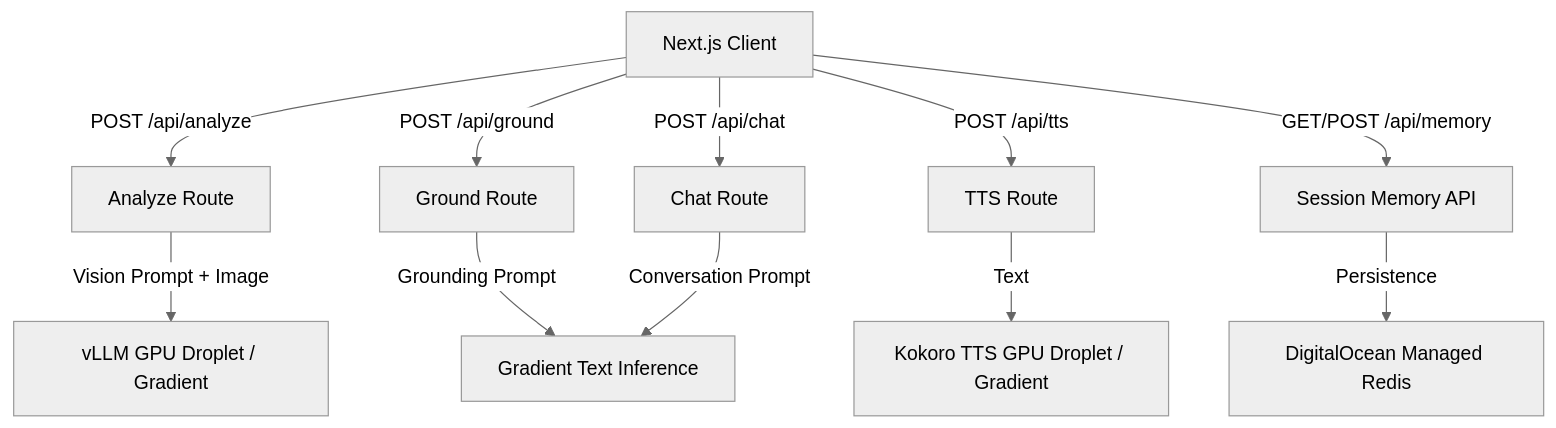
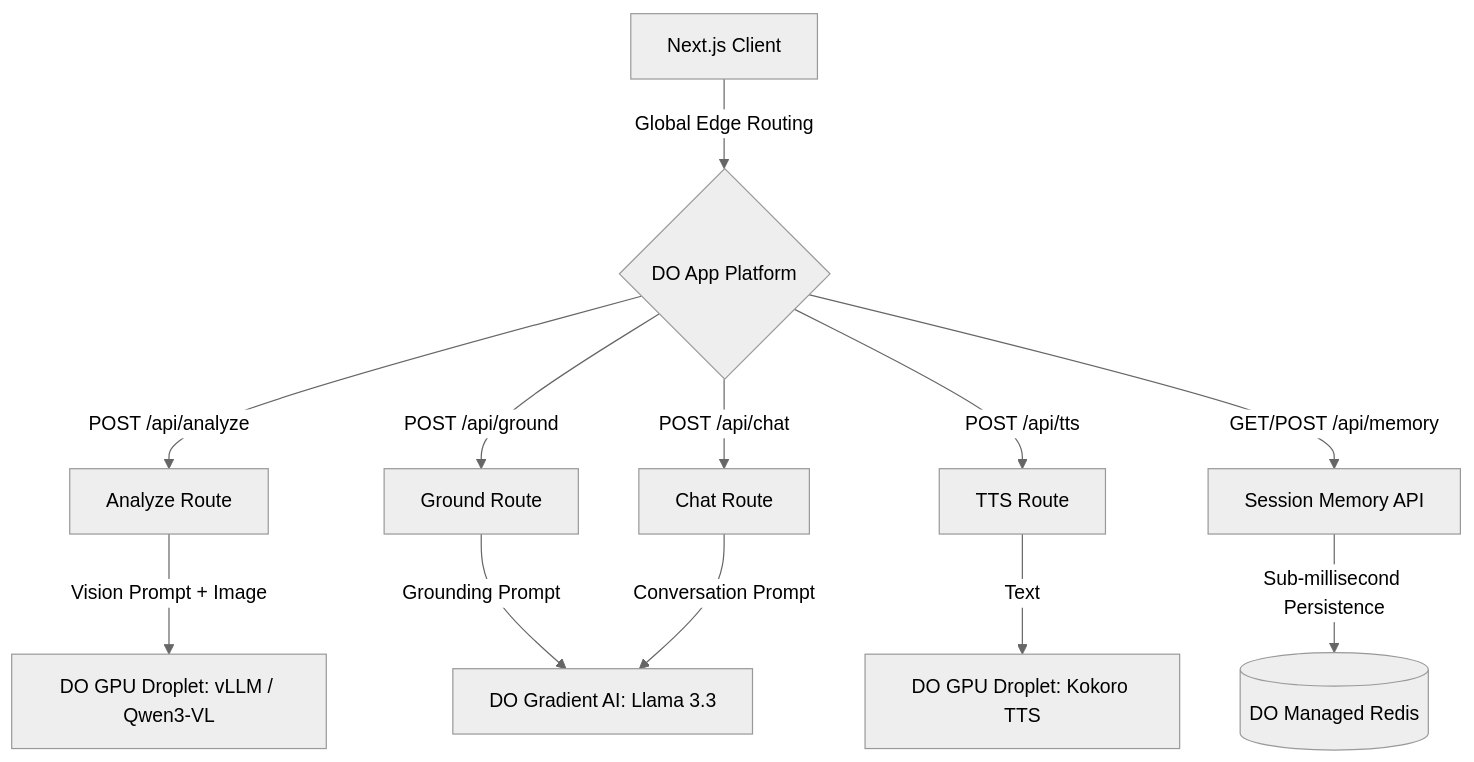
One commit to lassestilvang/gradient-lens changed the diagram in README.md. Above: the diagram before and after it, drawn with Mermaid (neutral theme). The commit also changed other lines of this file, not shown here.

Commit message:
docs: Enhance README with comprehensive DigitalOcean product integration, architecture, and deployment details.

````diff
--- a/README.md
+++ b/README.md
@@ -15,13 +27,16 @@
 ```mermaid
 graph TD
-    Client[Next.js Client] -->|POST /api/analyze| AnalyzeAPI[Analyze Route]
-    Client -->|POST /api/ground| GroundAPI[Ground Route]
-    Client -->|POST /api/chat| ChatAPI[Chat Route]
-    Client -->|POST /api/tts| TTSAPI[TTS Route]
-    AnalyzeAPI -->|Vision Prompt + Image| VisionGPU[vLLM GPU Droplet / Gradient]
-    GroundAPI -->|Grounding Prompt| Gradient[Gradient Text Inference]
+    Client[Next.js Client] -->|Global Edge Routing| AppPlatform{DO App Platform}
+    AppPlatform -->|POST /api/analyze| AnalyzeAPI[Analyze Route]
+    AppPlatform -->|POST /api/ground| GroundAPI[Ground Route]
+    AppPlatform -->|POST /api/chat| ChatAPI[Chat Route]
+    AppPlatform -->|POST /api/tts| TTSAPI[TTS Route]
+    
+    AnalyzeAPI -->|Vision Prompt + Image| VisionGPU[DO GPU Droplet: vLLM / Qwen3-VL]
+    GroundAPI -->|Grounding Prompt| Gradient[DO Gradient AI: Llama 3.3]
     ChatAPI -->|Conversation Prompt| Gradient
-    TTSAPI -->|Text| TTSGPU[Kokoro TTS GPU Droplet / Gradient]
-    Client -->|GET/POST /api/memory| MemoryAPI[Session Memory API]
-    MemoryAPI -->|Persistence| Redis[DigitalOcean Managed Redis]
+    TTSAPI -->|Text| TTSGPU[DO GPU Droplet: Kokoro TTS]
+    
+    AppPlatform -->|GET/POST /api/memory| MemoryAPI[Session Memory API]
+    MemoryAPI -->|Sub-millisecond Persistence| Redis[(DO Managed Redis)]
 ```
````
